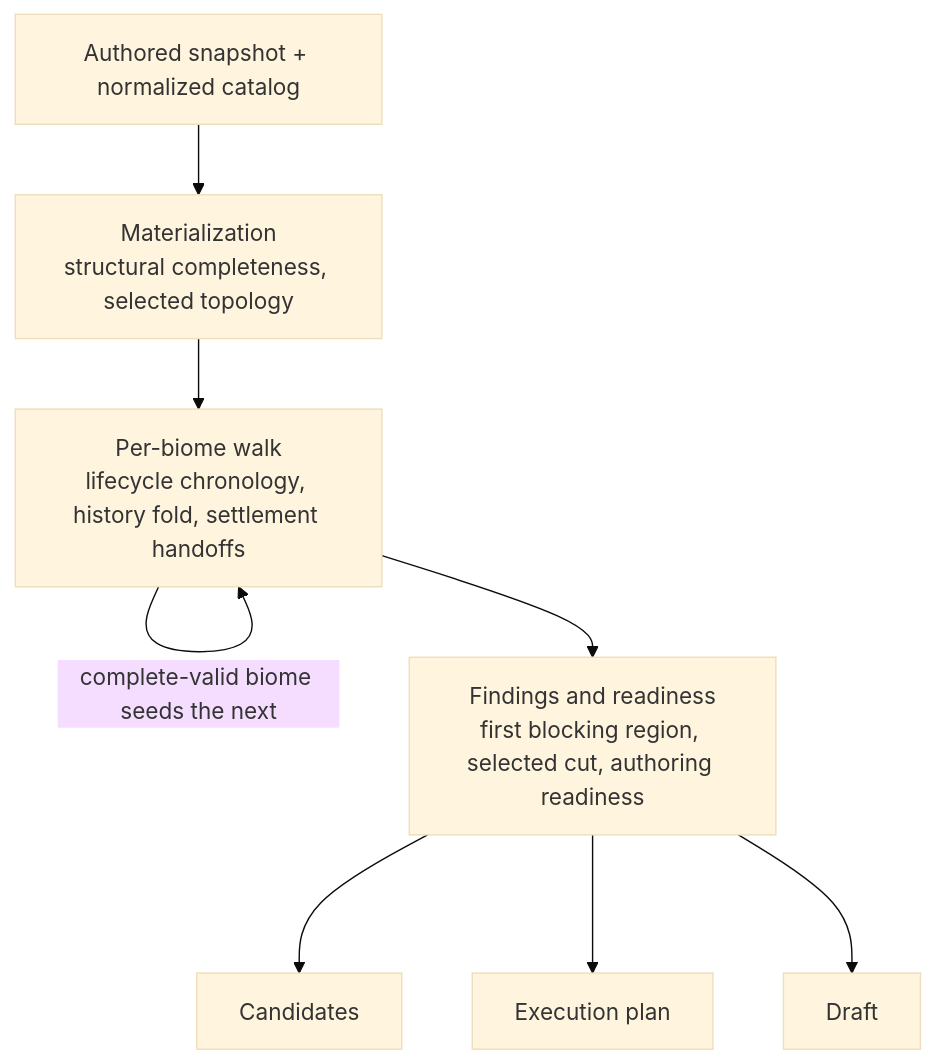
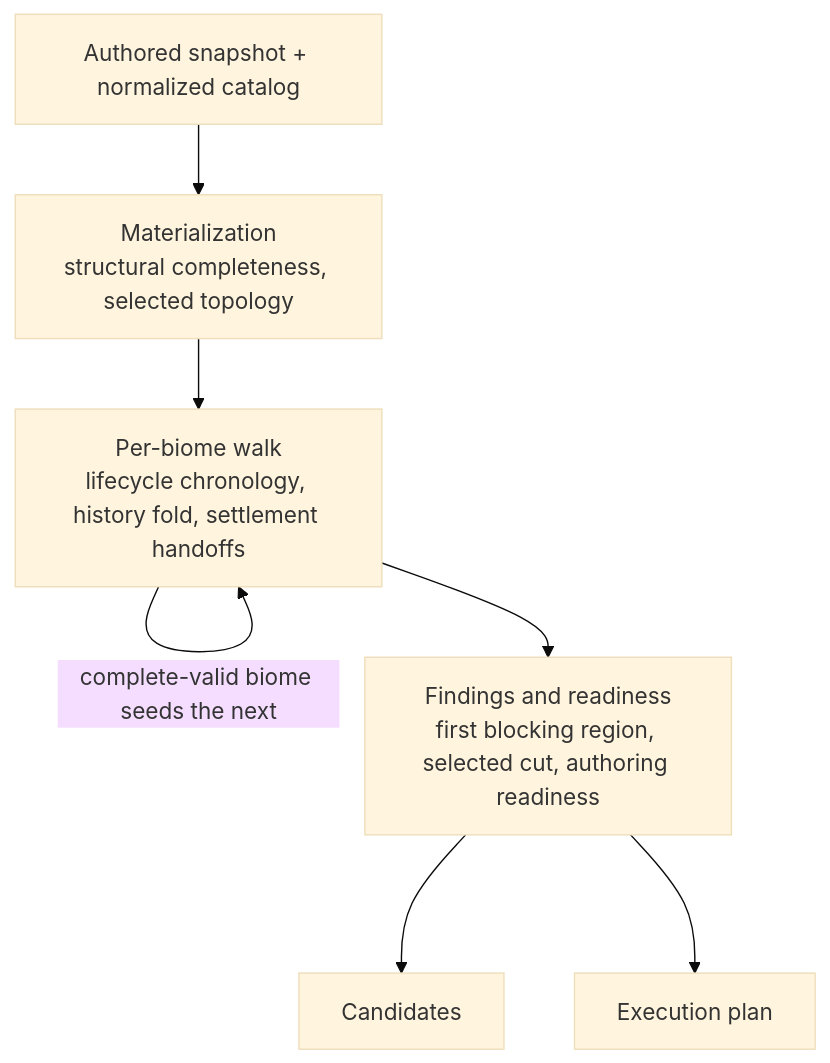
One commit to maybe-adamant/RunPlanner changed the first of 2 diagrams in docs/design/SIMULATION_AND_VALIDATION.md. Above: the diagram before and after it, drawn with Mermaid (base theme). The commit also changed other lines of this file and 106 other files, not shown here.

````diff
--- a/docs/design/SIMULATION_AND_VALIDATION.md
+++ b/docs/design/SIMULATION_AND_VALIDATION.md
@@ -50,10 +54,9 @@
 ```mermaid
 flowchart TD
   A["Authored snapshot + normalized catalog"] --> B["Materialization<br/>structural completeness, selected topology"]
   B --> C["Per-biome walk<br/>lifecycle chronology, history fold, settlement handoffs"]
   C -- "complete-valid biome seeds the next" --> C
   C --> D["Findings and readiness<br/>first blocking region, selected cut, authoring readiness"]
   D --> E1["Candidates"]
   D --> E2["Execution plan"]
-  D --> E3["Draft"]
 ```
````
